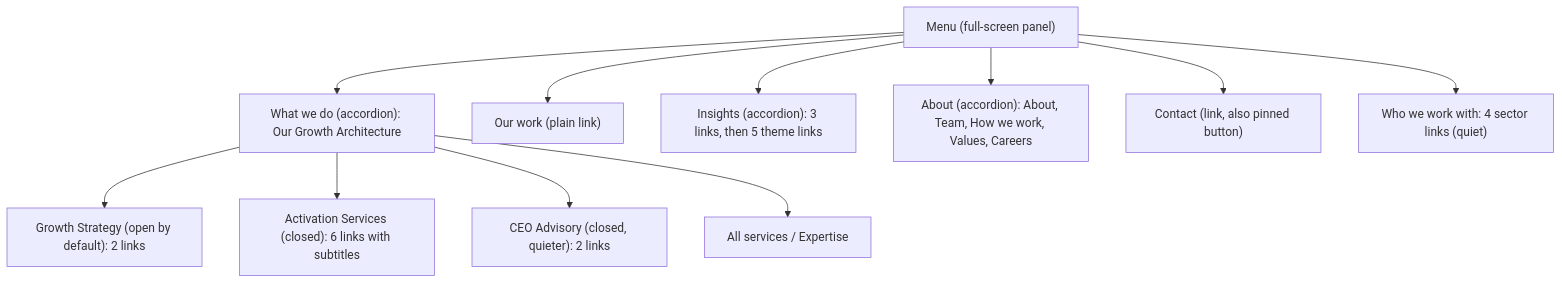
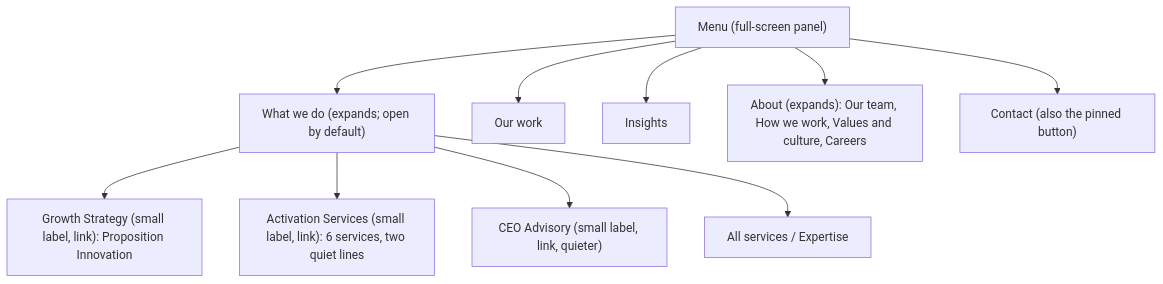
One commit to gsdd/temp-manifesto-ia changed the fifth of 6 diagrams in docs/diagrams/mega-nav.md. Above: the diagram before and after it, drawn with Mermaid. The commit also changed other lines of this file and 5 other files, not shown here.

Commit message:
v4 content matrix, wording decisions status, diagrams and README: pillar and quiet lines replace subtitles, service hero lines, intent map points at labels and pages, sector index removed from diagrams

````diff
--- a/docs/diagrams/mega-nav.md
+++ b/docs/diagrams/mega-nav.md
@@ -116,14 +90,13 @@
 ```mermaid
 flowchart TB
     M["Menu (full-screen panel)"]
-    M --> M1["What we do (accordion): Our Growth Architecture"]
-    M1 --> M1a["Growth Strategy (open by default): 2 links"]
-    M1 --> M1b["Activation Services (closed): 6 links with subtitles"]
-    M1 --> M1c["CEO Advisory (closed, quieter): 2 links"]
+    M --> M1["What we do (expands; open by default)"]
+    M1 --> M1a["Growth Strategy (small label, link): Proposition Innovation"]
+    M1 --> M1b["Activation Services (small label, link): 6 services, two quiet lines"]
+    M1 --> M1c["CEO Advisory (small label, link, quieter)"]
     M1 --> M1d["All services / Expertise"]
-    M --> M2["Our work (plain link)"]
-    M --> M3["Insights (accordion): 3 links, then 5 theme links"]
-    M --> M4["About (accordion): About, Team, How we work, Values, Careers"]
-    M --> M5["Contact (link, also pinned button)"]
-    M --> M6["Who we work with: 4 sector links (quiet)"]
+    M --> M2["Our work"]
+    M --> M3["Insights"]
+    M --> M4["About (expands): Our team, How we work, Values and culture, Careers"]
+    M --> M5["Contact (also the pinned button)"]
 ```
````
